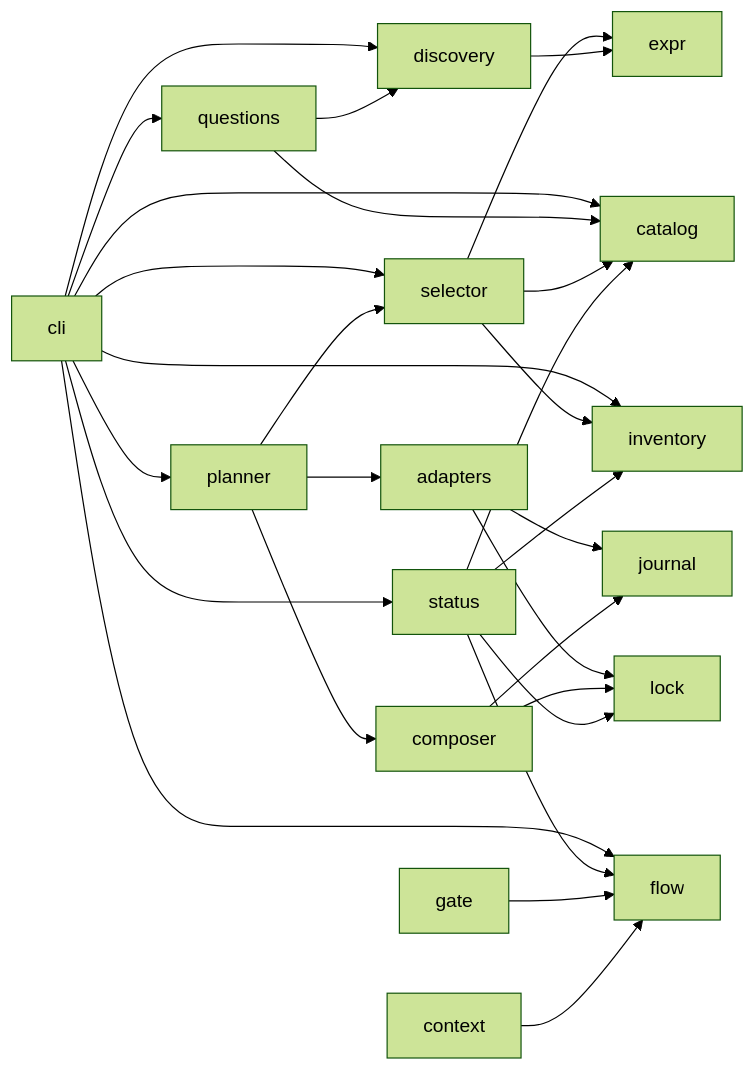
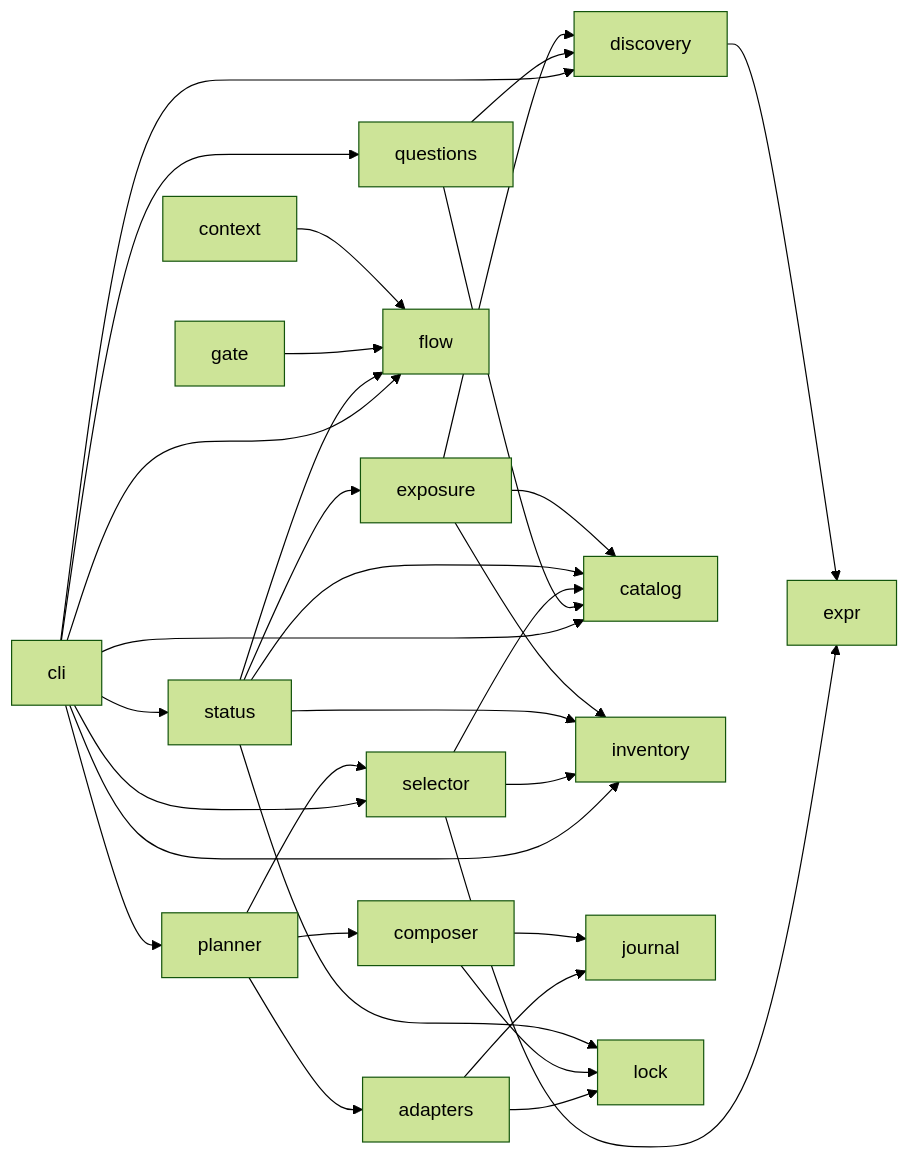
One commit to oraclexis/peo changed the diagram in docs/design/spec/10-spec-overview.md. Above: the diagram before and after it, drawn with Mermaid (forest theme). The commit also changed other lines of this file and 25 other files, not shown here.

````diff
--- a/docs/design/spec/10-spec-overview.md
+++ b/docs/design/spec/10-spec-overview.md
@@ -79,13 +87,14 @@
 ```mermaid
 flowchart LR
     cli --> discovery & catalog & inventory & questions & selector & planner & status & flow
     questions --> discovery & catalog
     selector --> catalog & inventory & expr
     planner --> selector & adapters & composer
     adapters --> journal & lock
     composer --> journal & lock
-    status --> inventory & lock & catalog & flow
+    status --> inventory & lock & catalog & flow & exposure
+    exposure --> discovery & inventory & catalog
     gate --> flow
     context --> flow
     discovery --> expr
 ```
````
